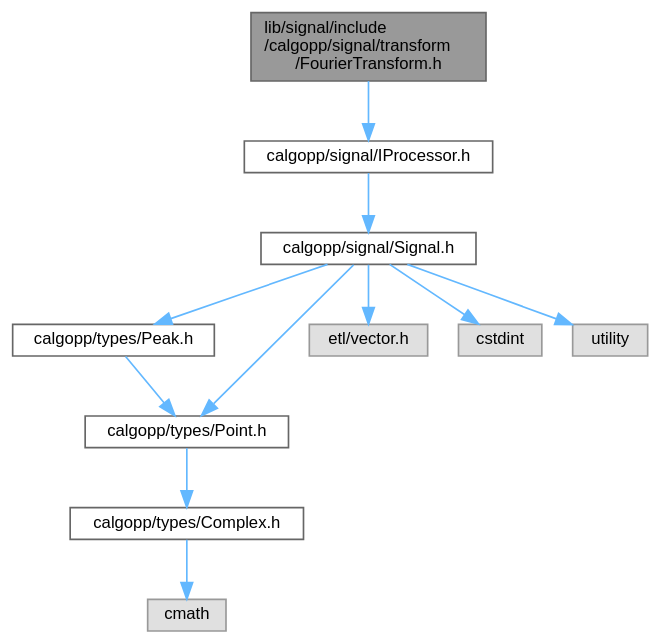
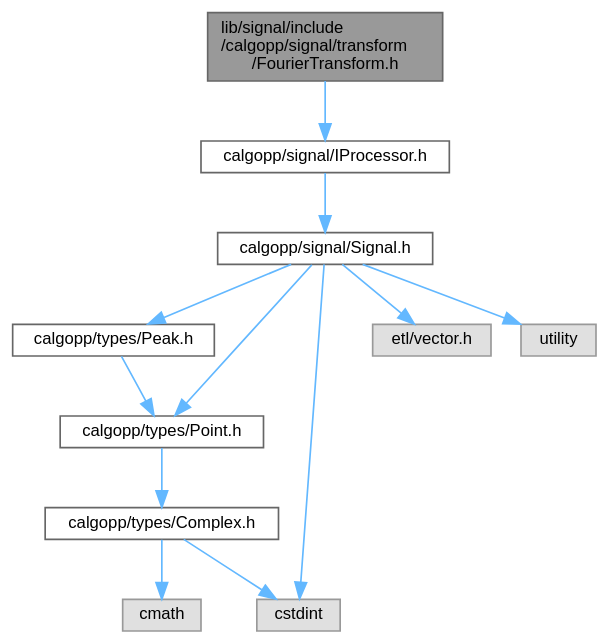
Before and after one commit to pawelekg95/algopp: the diagram in FourierTransform_8h__incl.dot, drawn with Graphviz. The commit also changed 45 other files, not shown here.

```diff
--- a/FourierTransform_8h__incl.dot
+++ b/FourierTransform_8h__incl.dot
@@ -1,27 +1,28 @@
 digraph "lib/signal/include/calgopp/signal/transform/FourierTransform.h"
 {
  // LATEX_PDF_SIZE
   bgcolor="transparent";
   edge [fontname=Helvetica,fontsize=10,labelfontname=Helvetica,labelfontsize=10];
   node [fontname=Helvetica,fontsize=10,shape=box,height=0.2,width=0.4];
   Node1 [label="lib/signal/include\l/calgopp/signal/transform\l/FourierTransform.h",height=0.2,width=0.4,color="gray40", fillcolor="grey60", style="filled", fontcolor="black",tooltip=" "];
   Node1 -> Node2 [color="steelblue1",style="solid"];
   Node2 [label="calgopp/signal/IProcessor.h",height=0.2,width=0.4,color="grey40", fillcolor="white", style="filled",URL="$IProcessor_8h.html",tooltip=" "];
   Node2 -> Node3 [color="steelblue1",style="solid"];
   Node3 [label="calgopp/signal/Signal.h",height=0.2,width=0.4,color="grey40", fillcolor="white", style="filled",URL="$Signal_8h.html",tooltip=" "];
   Node3 -> Node4 [color="steelblue1",style="solid"];
   Node4 [label="calgopp/types/Peak.h",height=0.2,width=0.4,color="grey40", fillcolor="white", style="filled",URL="$Peak_8h.html",tooltip=" "];
   Node4 -> Node5 [color="steelblue1",style="solid"];
   Node5 [label="calgopp/types/Point.h",height=0.2,width=0.4,color="grey40", fillcolor="white", style="filled",URL="$Point_8h.html",tooltip=" "];
   Node5 -> Node6 [color="steelblue1",style="solid"];
   Node6 [label="calgopp/types/Complex.h",height=0.2,width=0.4,color="grey40", fillcolor="white", style="filled",URL="$Complex_8h.html",tooltip=" "];
   Node6 -> Node7 [color="steelblue1",style="solid"];
   Node7 [label="cmath",height=0.2,width=0.4,color="grey60", fillcolor="#E0E0E0", style="filled",tooltip=" "];
+  Node6 -> Node8 [color="steelblue1",style="solid"];
+  Node8 [label="cstdint",height=0.2,width=0.4,color="grey60", fillcolor="#E0E0E0", style="filled",tooltip=" "];
   Node3 -> Node5 [color="steelblue1",style="solid"];
+  Node3 -> Node9 [color="steelblue1",style="solid"];
+  Node9 [label="etl/vector.h",height=0.2,width=0.4,color="grey60", fillcolor="#E0E0E0", style="filled",tooltip=" "];
   Node3 -> Node8 [color="steelblue1",style="solid"];
-  Node8 [label="etl/vector.h",height=0.2,width=0.4,color="grey60", fillcolor="#E0E0E0", style="filled",tooltip=" "];
-  Node3 -> Node9 [color="steelblue1",style="solid"];
-  Node9 [label="cstdint",height=0.2,width=0.4,color="grey60", fillcolor="#E0E0E0", style="filled",tooltip=" "];
   Node3 -> Node10 [color="steelblue1",style="solid"];
   Node10 [label="utility",height=0.2,width=0.4,color="grey60", fillcolor="#E0E0E0", style="filled",tooltip=" "];
 }
```
